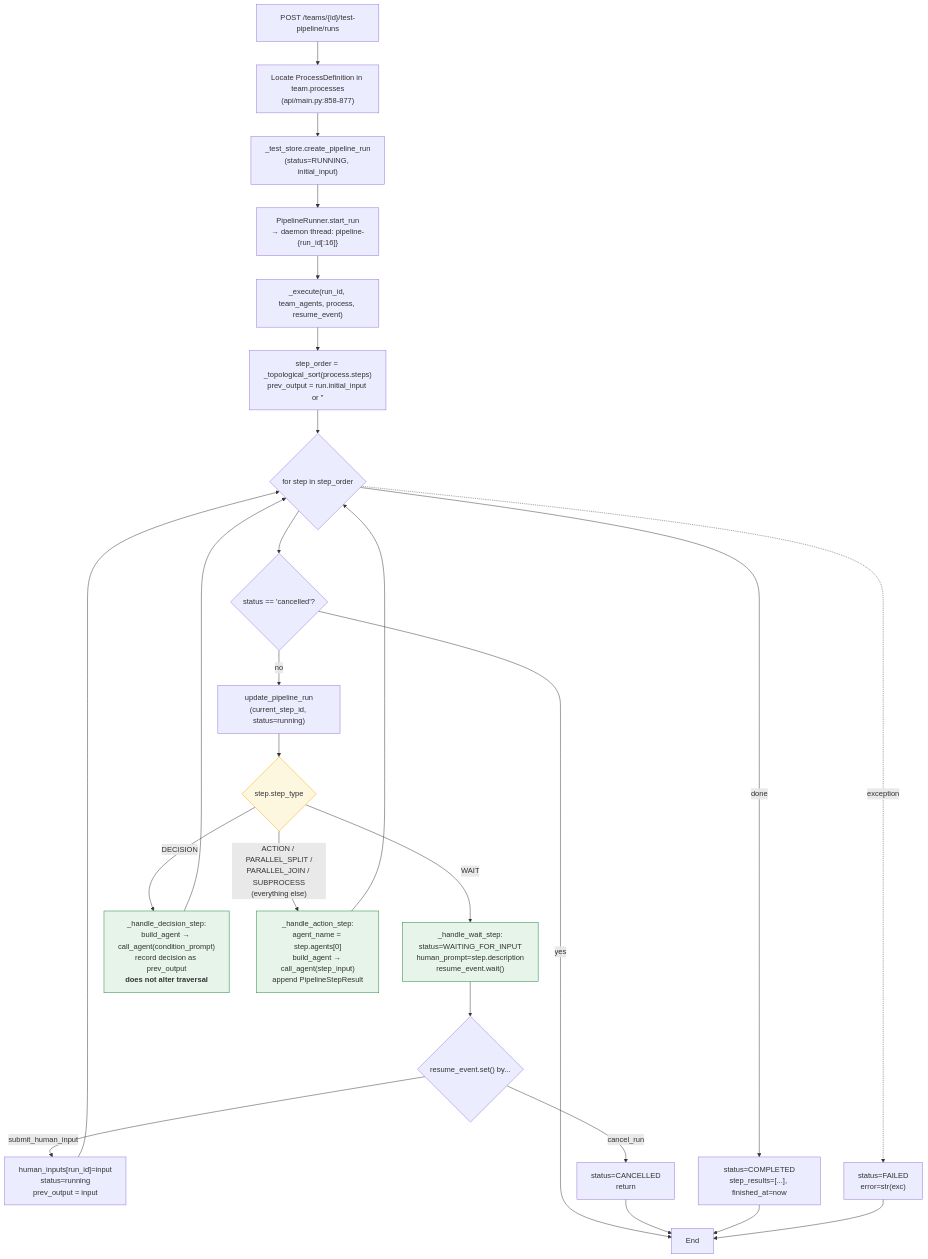
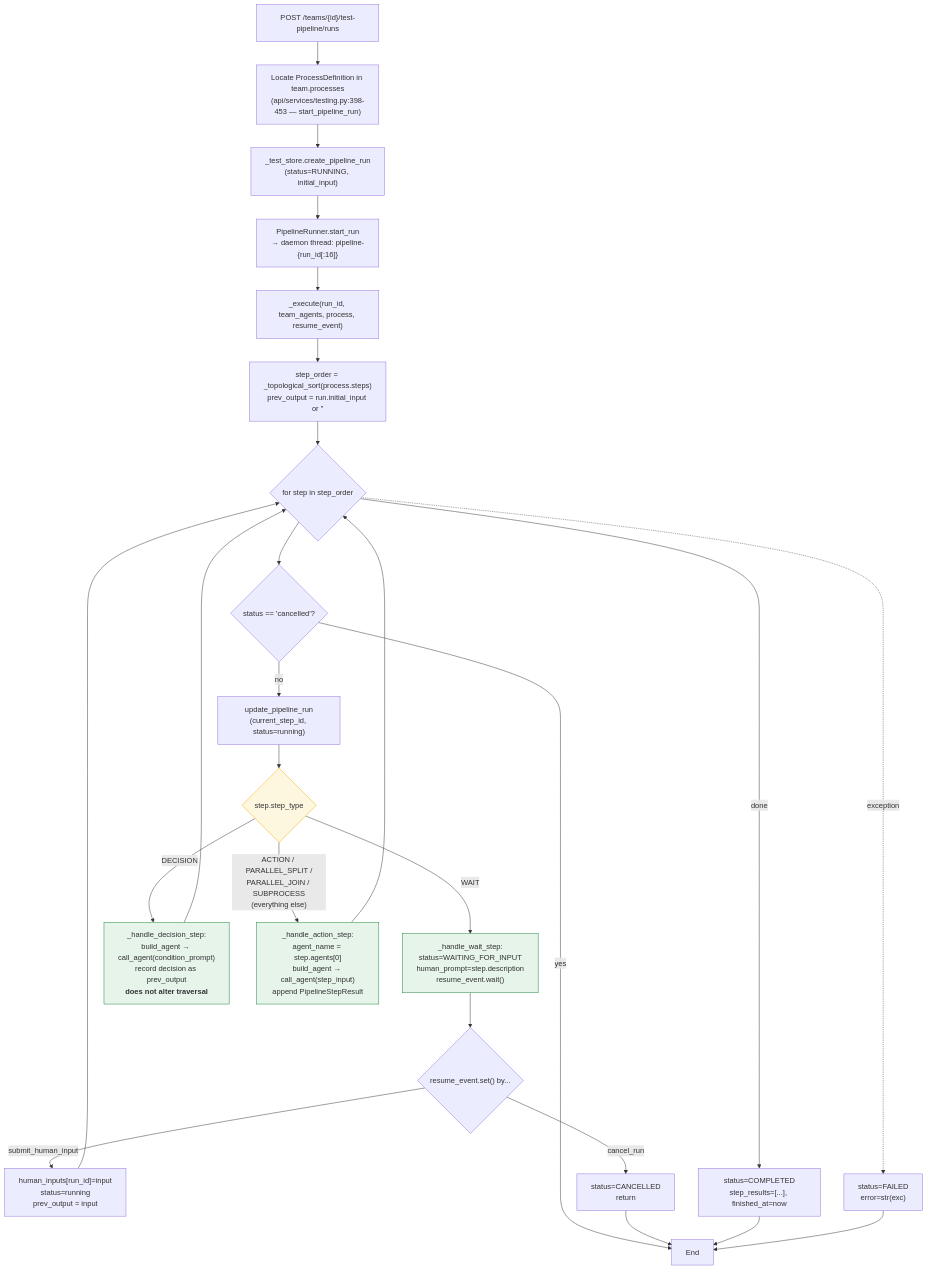
One commit to brandonkindred/Khala-Agentic-AI-Teams changed the sixth of 8 diagrams in backend/agents/agent_team_studio/agentic_team_provisioning/system_design/flow_charts.md. Above: the diagram before and after it, drawn with Mermaid. The commit also changed other lines of this file and 7 other files, not shown here.

First line of the commit message:
Refresh agentic_team_provisioning architecture docs and fix its test suite (#7121)

````diff
--- a/backend/agents/agent_team_studio/agentic_team_provisioning/system_design/flow_charts.md
+++ b/backend/agents/agent_team_studio/agentic_team_provisioning/system_design/flow_charts.md
@@ -173,38 +177,38 @@
 ```mermaid
 flowchart TD
     Start["POST /teams/{id}/test-pipeline/runs"]
-    Start --> Locate["Locate ProcessDefinition in team.processes<br/>(api/main.py:858-877)"]
+    Start --> Locate["Locate ProcessDefinition in team.processes<br/>(api/services/testing.py:398-453 — start_pipeline_run)"]
     Locate --> Create["_test_store.create_pipeline_run<br/>(status=RUNNING, initial_input)"]
     Create --> Spawn["PipelineRunner.start_run<br/>→ daemon thread: pipeline-{run_id[:16]}"]
     Spawn --> Execute["_execute(run_id, team_agents, process, resume_event)"]
     Execute --> Sort["step_order = _topological_sort(process.steps)<br/>prev_output = run.initial_input or ''"]
     Sort --> Walk{"for step in step_order"}
 
     Walk --> CancelCheck{"status == 'cancelled'?"}
     CancelCheck -->|yes| End["End"]
     CancelCheck -->|no| SetCurrent["update_pipeline_run<br/>(current_step_id, status=running)"]
 
     SetCurrent --> StepKind{"step.step_type"}
     StepKind -->|"WAIT"| Pause["_handle_wait_step:<br/>status=WAITING_FOR_INPUT<br/>human_prompt=step.description<br/>resume_event.wait()"]
     StepKind -->|"DECISION"| DecisionHandler["_handle_decision_step:<br/>build_agent → call_agent(condition_prompt)<br/>record decision as prev_output<br/><b>does not alter traversal</b>"]
     StepKind -->|"ACTION / PARALLEL_SPLIT /<br/>PARALLEL_JOIN / SUBPROCESS<br/>(everything else)"| ActionHandler["_handle_action_step:<br/>agent_name = step.agents[0]<br/>build_agent → call_agent(step_input)<br/>append PipelineStepResult"]
 
     Pause --> ResumeSignal{"resume_event.set() by..."}
     ResumeSignal -->|"submit_human_input"| Resumed["human_inputs[run_id]=input<br/>status=running<br/>prev_output = input"]
     ResumeSignal -->|"cancel_run"| Cancelled["status=CANCELLED<br/>return"]
 
     Resumed --> Walk
     DecisionHandler --> Walk
     ActionHandler --> Walk
 
     Walk -->|done| Finish["status=COMPLETED<br/>step_results=[...], finished_at=now"]
     Walk -.->|exception| Fail["status=FAILED<br/>error=str(exc)"]
     Cancelled --> End
     Finish --> End
     Fail --> End
 
     classDef impl fill:#e6f4ea,stroke:#188038
     classDef gap  fill:#fef7e0,stroke:#f9ab00
     class Pause,DecisionHandler,ActionHandler impl
     class StepKind gap
 ```
````
